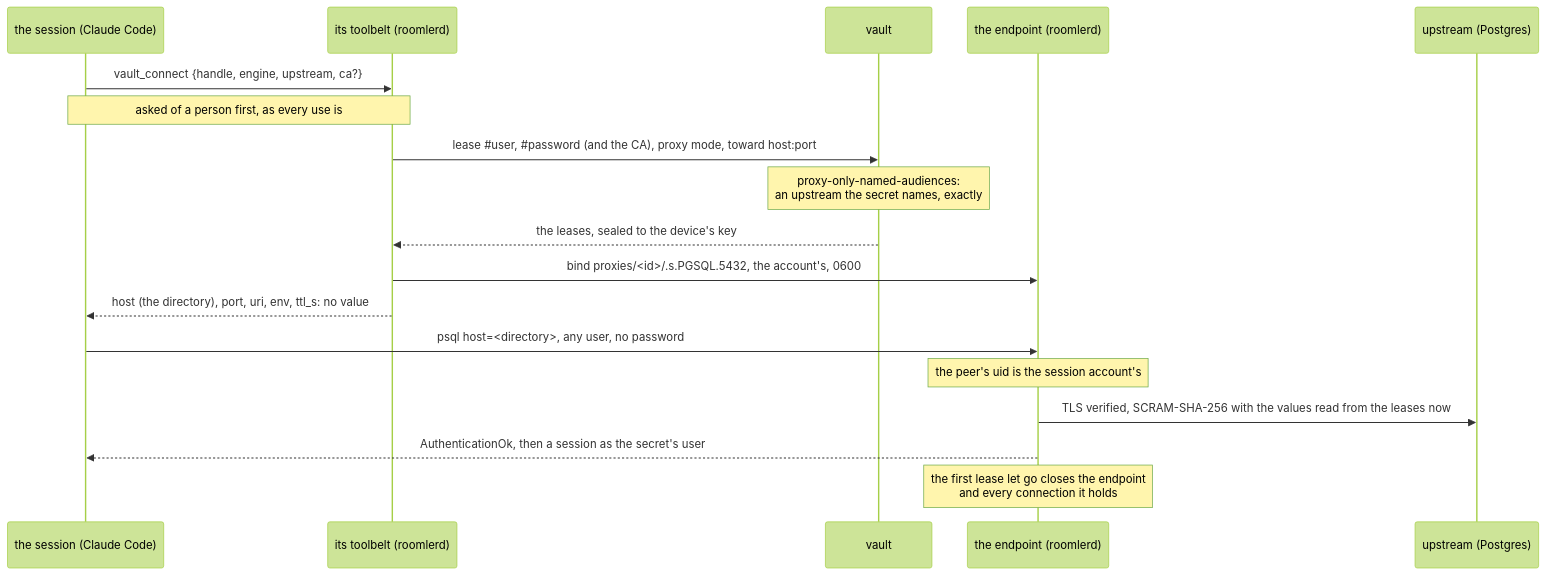
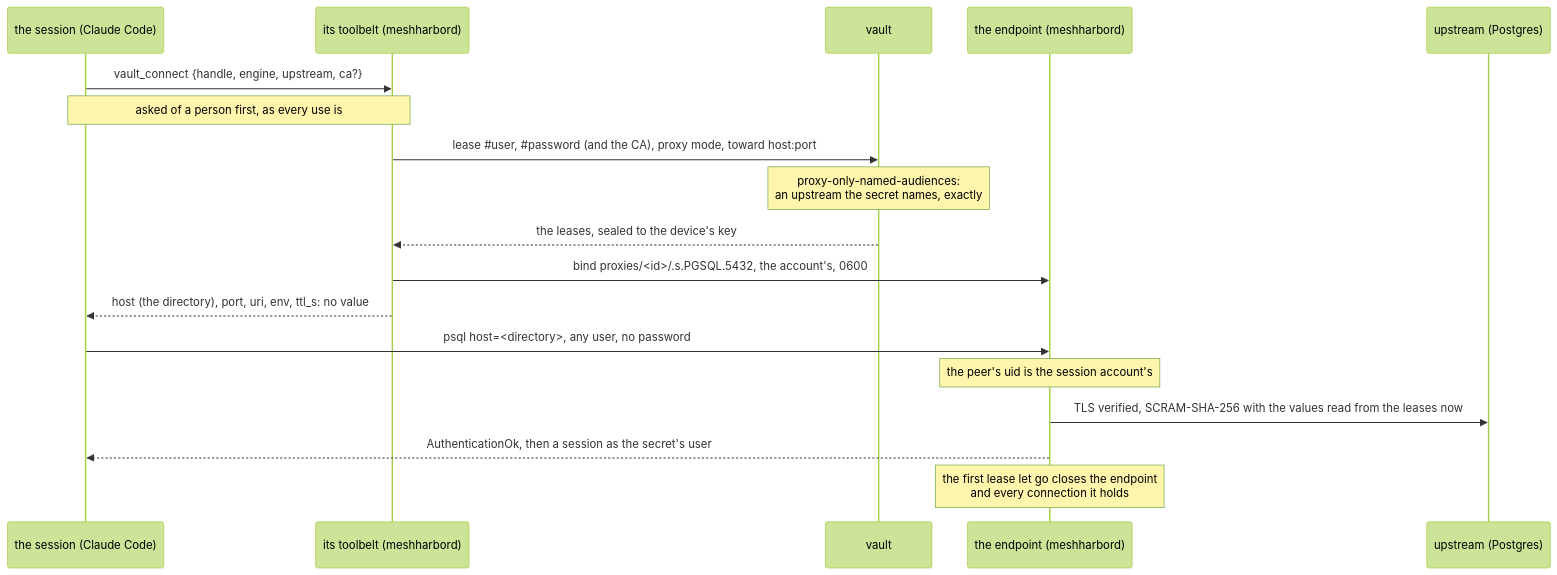
Before and after one commit to jk-zhang-meta/MeshHarbor: diagram 18 of 31 in docs/vault.md, drawn with Mermaid (forest theme). The commit also changed other lines of this file and 682 other files, not shown here.

````diff
--- a/docs/vault.md
+++ b/docs/vault.md
@@ -1522,20 +1522,20 @@
 ```mermaid
 sequenceDiagram
     participant M as the session (Claude Code)
-    participant T as its toolbelt (roomlerd)
+    participant T as its toolbelt (meshharbord)
     participant V as vault
-    participant E as the endpoint (roomlerd)
+    participant E as the endpoint (meshharbord)
     participant U as upstream (Postgres)
     M->>T: vault_connect {handle, engine, upstream, ca?}
     Note over M,T: asked of a person first, as every use is
     T->>V: lease #35;user, #35;password (and the CA), proxy mode, toward host:port
     Note over V: proxy-only-named-audiences:<br/>an upstream the secret names, exactly
     V-->>T: the leases, sealed to the device's key
     T->>E: bind proxies/<id>/.s.PGSQL.5432, the account's, 0600
     T-->>M: host (the directory), port, uri, env, ttl_s: no value
     M->>E: psql host=<directory>, any user, no password
     Note over E: the peer's uid is the session account's
     E->>U: TLS verified, SCRAM-SHA-256 with the values read from the leases now
     E-->>M: AuthenticationOk, then a session as the secret's user
     Note over E: the first lease let go closes the endpoint<br/>and every connection it holds
 ```
````
